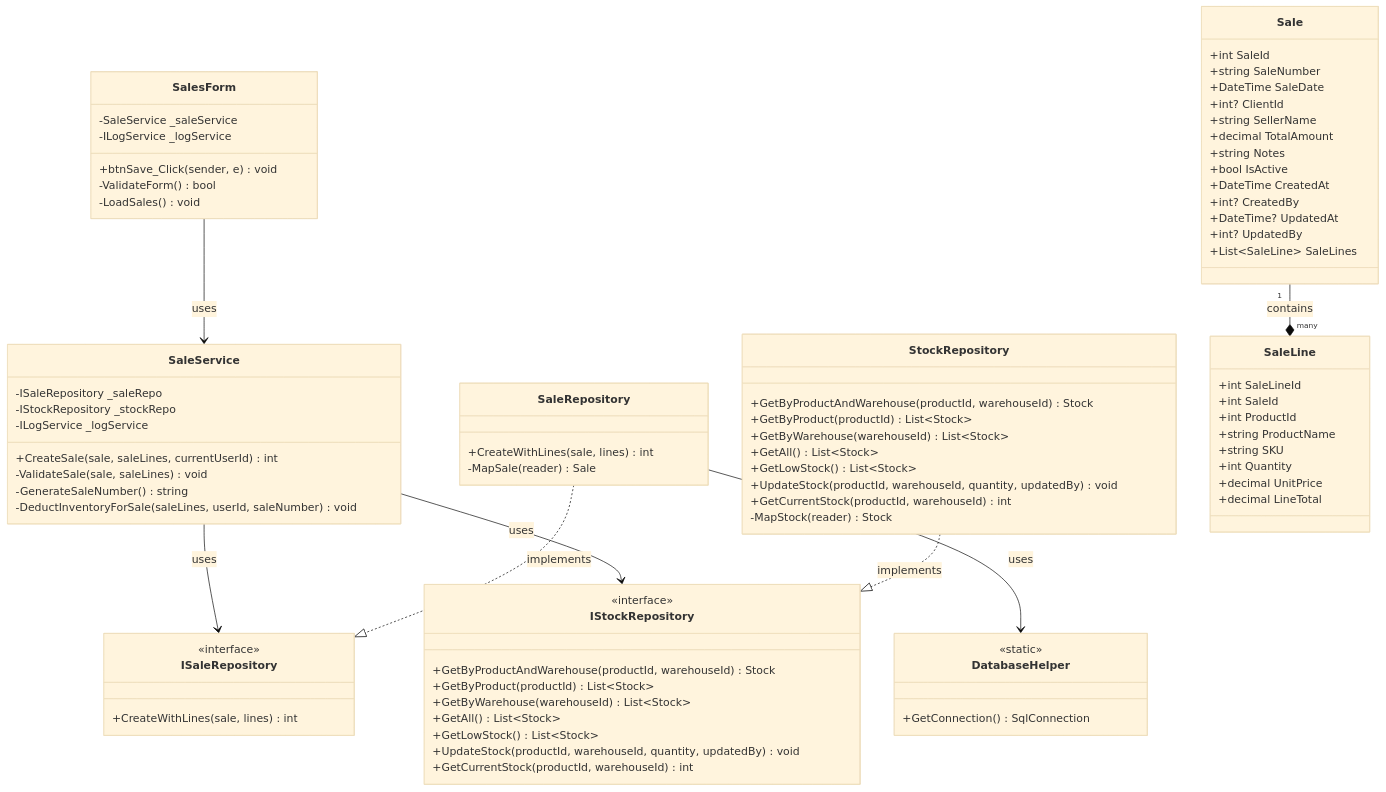
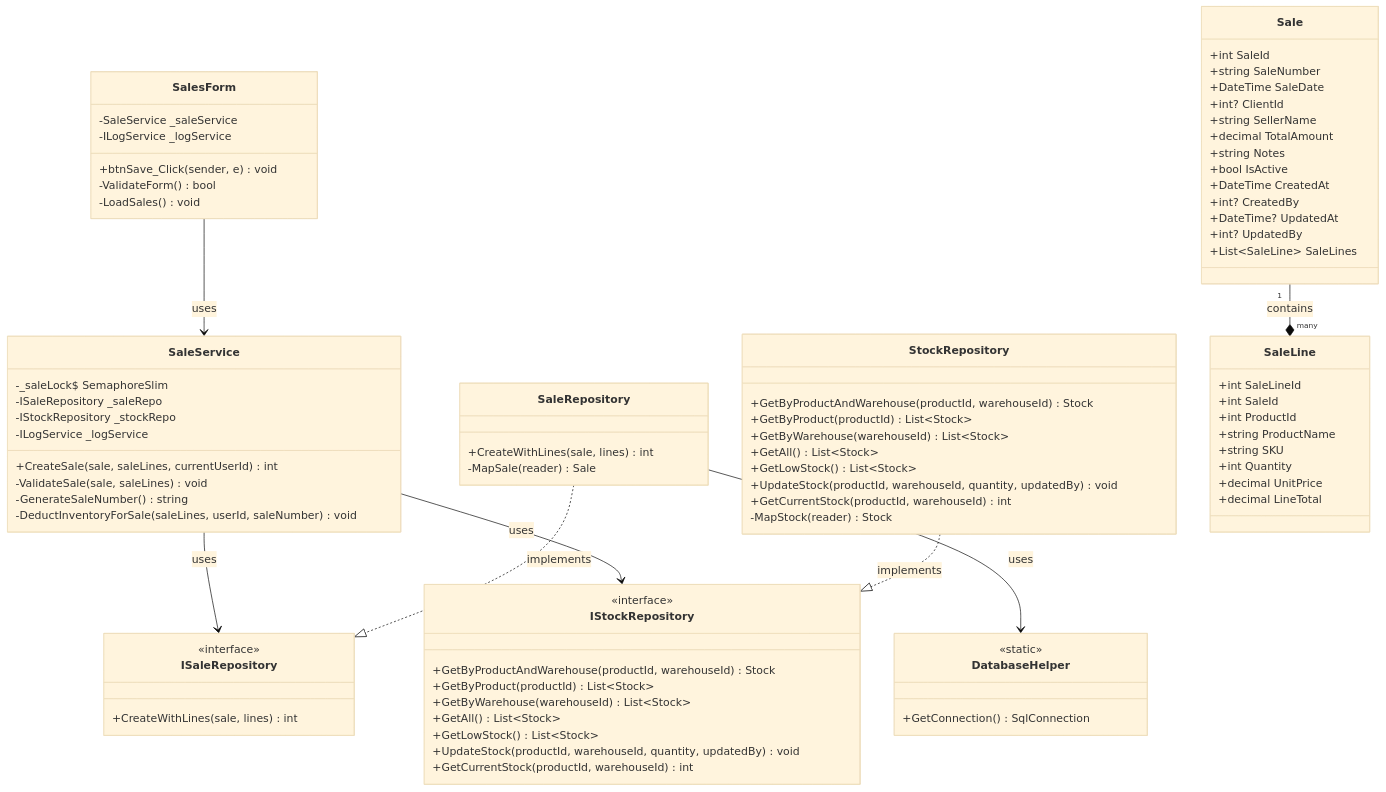
Before and after one commit to nahuk86/tp_diploma_nk_2026: the first of 12 diagrams in Documentation/UML_Diagrams/05_Sales_Management_Process_Class_Diagram.md, drawn with Mermaid (base theme). The commit also changed other lines of this file and 3 other files, not shown here.

Commit message:
Update UML diagrams to reflect SemaphoreSlim concurrency change in SaleService

```diff
--- a/Documentation/UML_Diagrams/05_Sales_Management_Process_Class_Diagram.md
+++ b/Documentation/UML_Diagrams/05_Sales_Management_Process_Class_Diagram.md
@@ -17,6 +17,7 @@
     }
 
     class SaleService {
+        -_saleLock$ SemaphoreSlim
         -ISaleRepository _saleRepo
         -IStockRepository _stockRepo
         -ILogService _logService
```
